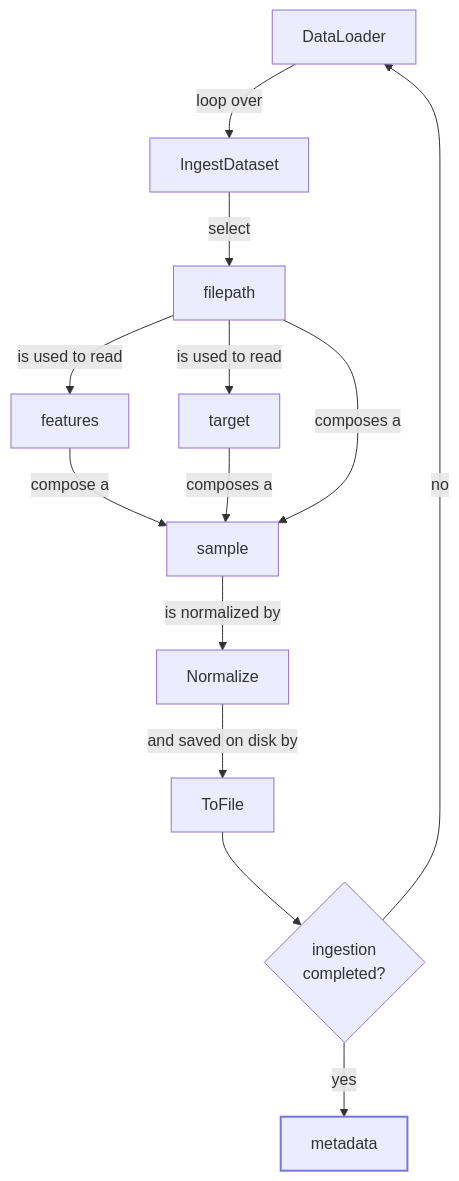
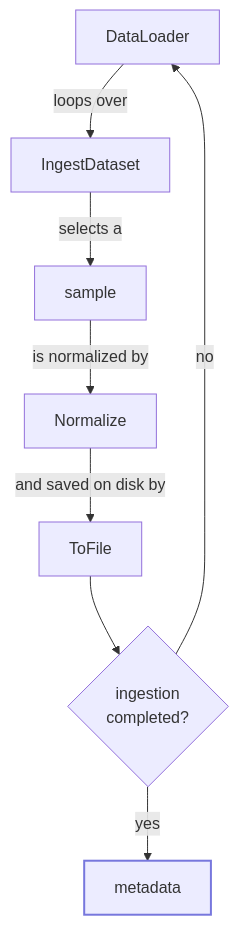
Before and after one commit to nextbitlabs/pytorch-template: the first of 2 diagrams in README.md, drawn with Mermaid. The commit also changed other lines of this file, not shown here.

Commit message:
add train command flow

````diff
--- a/README.md
+++ b/README.md
@@ -107,17 +107,12 @@
 ```mermaid
 graph TD;
-    DataLoader-->|loop over|IngestDataset
-    IngestDataset-->|select|filepath
-    filepath-->|is used to read|features
-    filepath-->|is used to read|target
-    features-->|compose a|sample
-    target-->|composes a|sample
-    filepath-->|composes a|sample
+    DataLoader-->|loops over|IngestDataset
+    IngestDataset-->|selects a|sample
     sample-->|is normalized by|Normalize
     Normalize-->|and saved on disk by|ToFile
     ToFile-->decision{ingestion<br/>completed?}
     decision-->|no|DataLoader
     decision-->|yes|metadata
     
     style metadata stroke:#77d,stroke-width:2px
 ```
````
